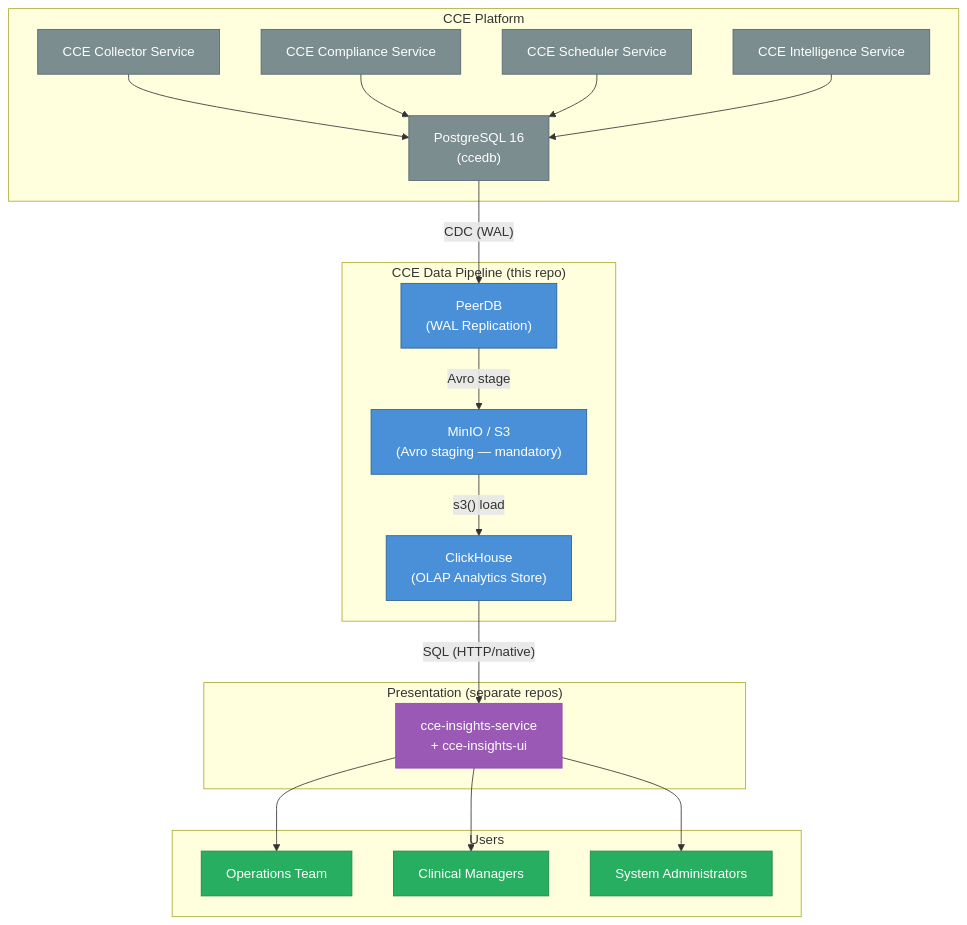
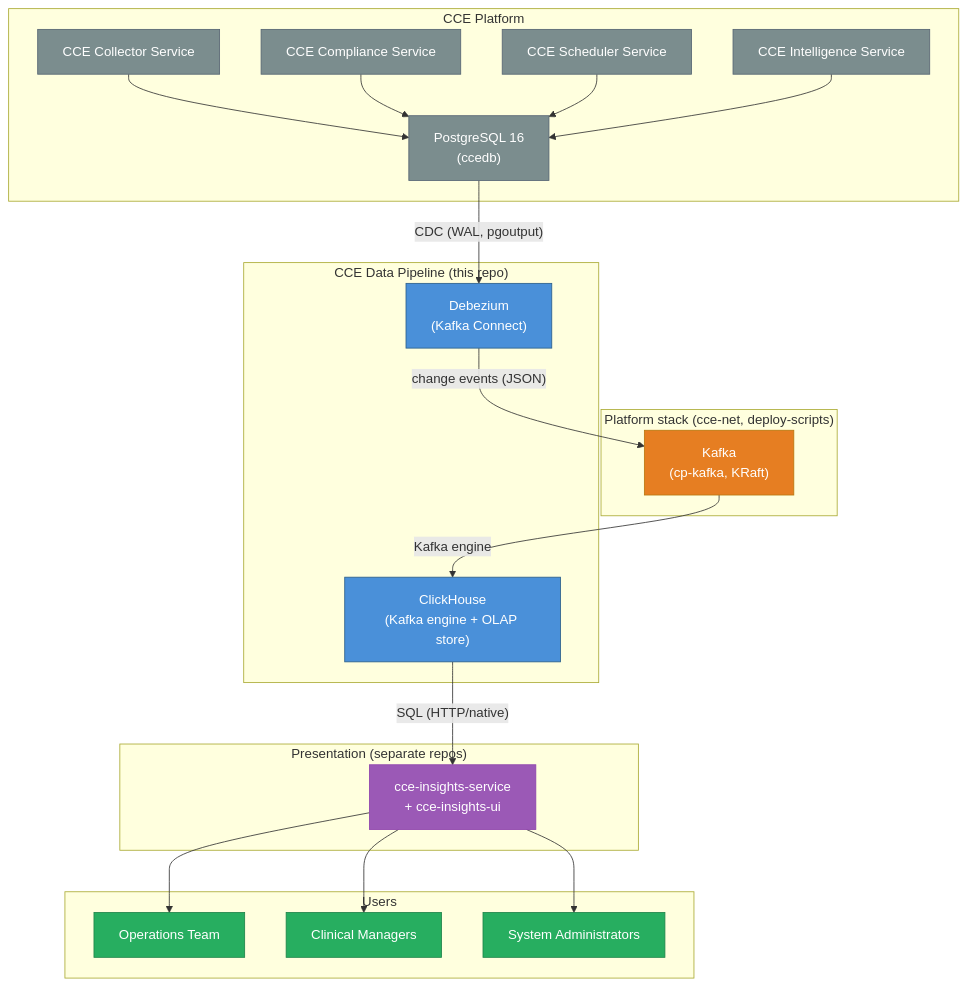
Before and after one commit to Jayaprakash8887/cce-data-pipeline: the first of 2 diagrams in docs/architecture-overview.md, drawn with Mermaid. The commit also changed other lines of this file and 32 other files, not shown here.

````diff
--- a/docs/architecture-overview.md
+++ b/docs/architecture-overview.md
@@ -5,50 +5,55 @@
 ```mermaid
 graph TB
     subgraph Existing["CCE Platform"]
         COLLECTOR["CCE Collector Service"]
         COMPLIANCE["CCE Compliance Service"]
         SCHEDULER["CCE Scheduler Service"]
         INTELLIGENCE["CCE Intelligence Service"]
         PG["PostgreSQL 16<br/>(ccedb)"]
     end
 
+    subgraph Platform["Platform stack (cce-net, deploy-scripts)"]
+        KAFKA["Kafka<br/>(cp-kafka, KRaft)"]
+    end
+
     subgraph Pipeline["CCE Data Pipeline (this repo)"]
-        PEERDB["PeerDB<br/>(WAL Replication)"]
-        MINIO["MinIO / S3<br/>(Avro staging — mandatory)"]
-        CLICKHOUSE["ClickHouse<br/>(OLAP Analytics Store)"]
+        DBZ["Debezium<br/>(Kafka Connect)"]
+        CLICKHOUSE["ClickHouse<br/>(Kafka engine + OLAP store)"]
     end
 
     subgraph Presentation["Presentation (separate repos)"]
         INSIGHTS["cce-insights-service<br/>+ cce-insights-ui"]
     end
 
     subgraph Users
         OPS["Operations Team"]
         CLINICAL["Clinical Managers"]
         ADMIN["System Administrators"]
     end
 
     COLLECTOR --> PG
     COMPLIANCE --> PG
     SCHEDULER --> PG
     INTELLIGENCE --> PG
 
-    PG -->|"CDC (WAL)"| PEERDB
-    PEERDB -->|"Avro stage"| MINIO
-    MINIO -->|"s3() load"| CLICKHOUSE
+    PG -->|"CDC (WAL, pgoutput)"| DBZ
+    DBZ -->|"change events (JSON)"| KAFKA
+    KAFKA -->|"Kafka engine"| CLICKHOUSE
     CLICKHOUSE -->|"SQL (HTTP/native)"| INSIGHTS
 
     INSIGHTS --> OPS
     INSIGHTS --> CLINICAL
     INSIGHTS --> ADMIN
 
     classDef existing fill:#7B8D8E,stroke:#566573,color:white
+    classDef platform fill:#E67E22,stroke:#B9770E,color:white
     classDef pipeline fill:#4A90D9,stroke:#2C5F8A,color:white
     classDef presentation fill:#9B59B6,stroke:#8E44AD,color:white
     classDef users fill:#27AE60,stroke:#1E8449,color:white
 
     class COLLECTOR,COMPLIANCE,SCHEDULER,INTELLIGENCE,PG existing
-    class PEERDB,MINIO,CLICKHOUSE pipeline
+    class KAFKA platform
+    class DBZ,CLICKHOUSE pipeline
     class INSIGHTS presentation
     class OPS,CLINICAL,ADMIN users
 ```
````
